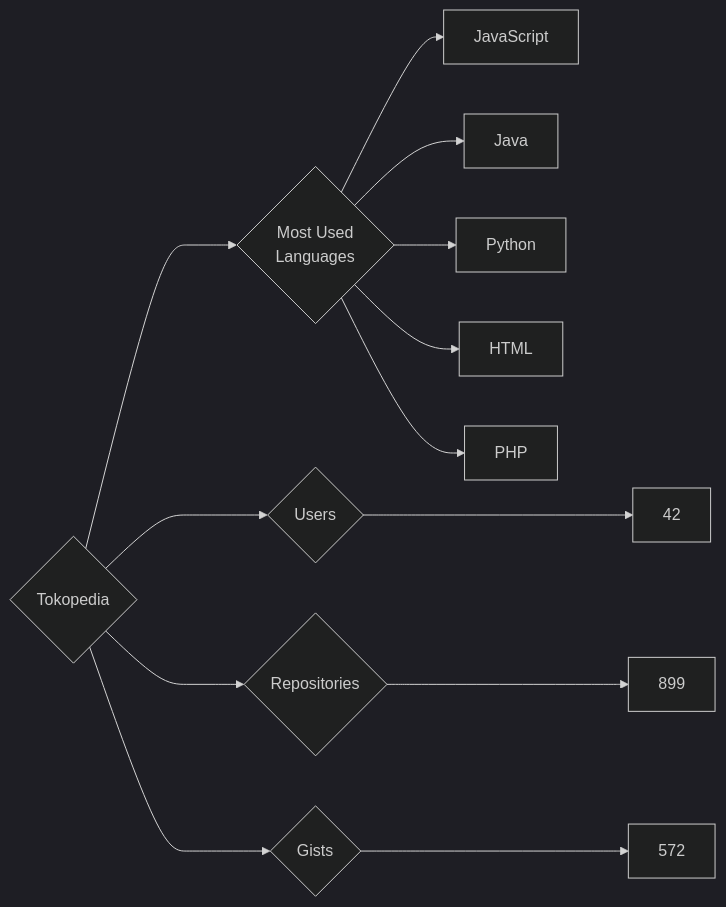
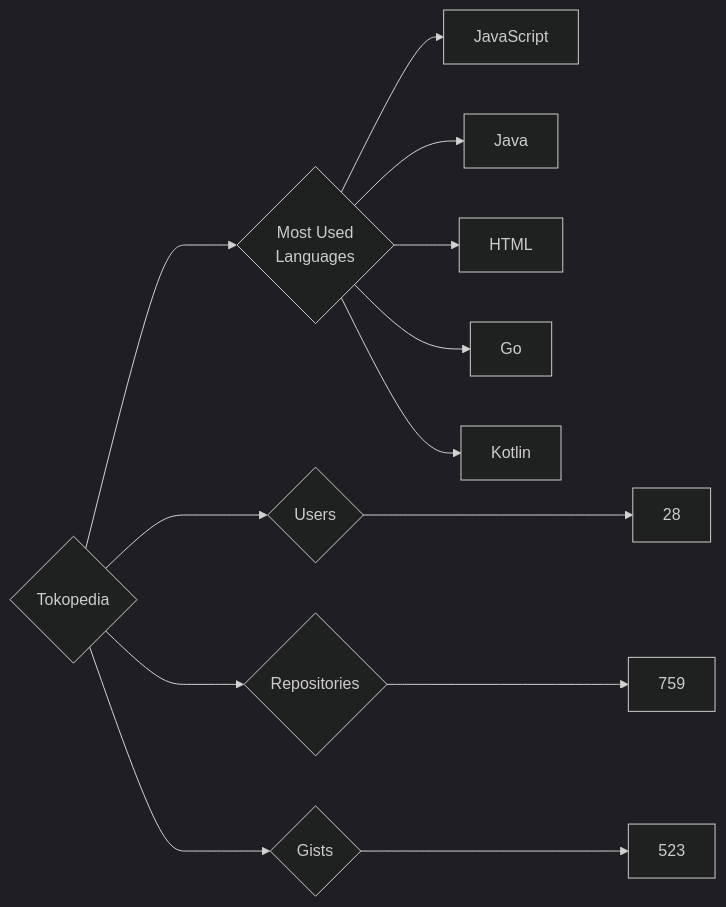
Before and after one commit to trickest/insiders: the diagram in targets/Tokopedia/README.md, drawn with Mermaid (dark theme). The commit also changed 955 other files, not shown here.

````diff
--- a/targets/Tokopedia/README.md
+++ b/targets/Tokopedia/README.md
@@ -3,13 +3,13 @@
 ```mermaid
 graph LR
 COMPANY_NAME{Tokopedia}
-COMPANY_NAME ---> U{Users} ---> UN[42]
-COMPANY_NAME ---> R{Repositories} ---> RN[899]
-COMPANY_NAME ---> G{Gists} ---> GN[572]
+COMPANY_NAME ---> U{Users} ---> UN[28]
+COMPANY_NAME ---> R{Repositories} ---> RN[759]
+COMPANY_NAME ---> G{Gists} ---> GN[523]
 COMPANY_NAME ---> ML{Most Used<br>Languages}
 ML --> JavaScript[JavaScript]
 ML --> Java[Java]
-ML --> Python[Python]
 ML --> HTML[HTML]
-ML --> PHP[PHP]
+ML --> Go[Go]
+ML --> Kotlin[Kotlin]
 ```
````
